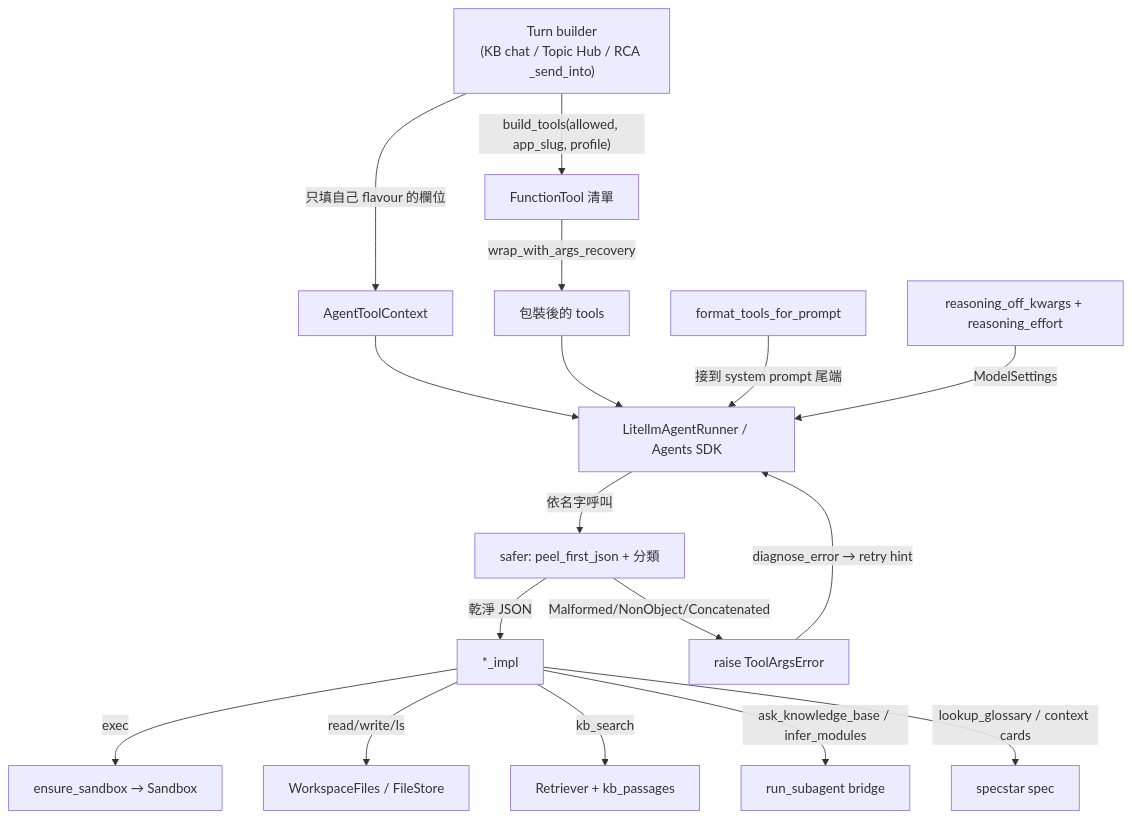
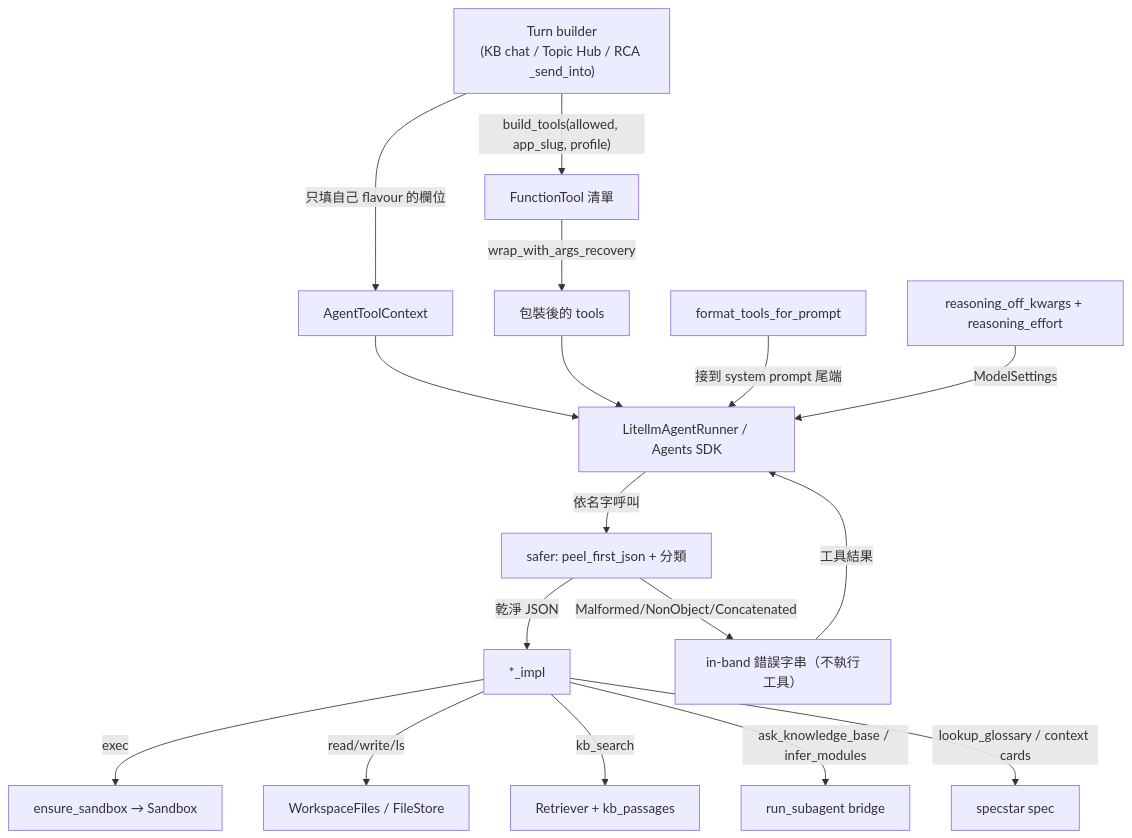
One commit to HYChou0515/ai-workspace changed the diagram in docs/subsystems/agent-runtime.md. Above: the diagram before and after it, drawn with Mermaid. The commit also changed other lines of this file and 50 other files, not shown here.

````diff
--- a/docs/subsystems/agent-runtime.md
+++ b/docs/subsystems/agent-runtime.md
@@ -60,19 +60,19 @@
 ```mermaid
 flowchart TD
   TB["Turn builder<br/>(KB chat / Topic Hub / RCA _send_into)"] -->|只填自己 flavour 的欄位| CTX[AgentToolContext]
   TB -->|"build_tools(allowed, app_slug, profile)"| BT[FunctionTool 清單]
   BT -->|wrap_with_args_recovery| WT[包裝後的 tools]
   CTX --> RUN["LitellmAgentRunner / Agents SDK"]
   WT --> RUN
   TP[format_tools_for_prompt] -->|接到 system prompt 尾端| RUN
   RE["reasoning_off_kwargs + reasoning_effort"] -->|ModelSettings| RUN
   RUN -->|依名字呼叫| SAFER["safer: peel_first_json + 分類"]
   SAFER -->|乾淨 JSON| IMPL["*_impl"]
-  SAFER -->|Malformed/NonObject/Concatenated| ERR[raise ToolArgsError]
-  ERR -->|diagnose_error → retry hint| RUN
+  SAFER -->|Malformed/NonObject/Concatenated| ERR["in-band 錯誤字串（不執行工具）"]
+  ERR -->|工具結果| RUN
   IMPL -->|exec| SB["ensure_sandbox → Sandbox"]
   IMPL -->|read/write/ls| FS["WorkspaceFiles / FileStore"]
   IMPL -->|kb_search| RET["Retriever + kb_passages"]
   IMPL -->|ask_knowledge_base / infer_modules| BR["run_subagent bridge"]
   IMPL -->|lookup_glossary / context cards| SP["specstar spec"]
 ```
````
